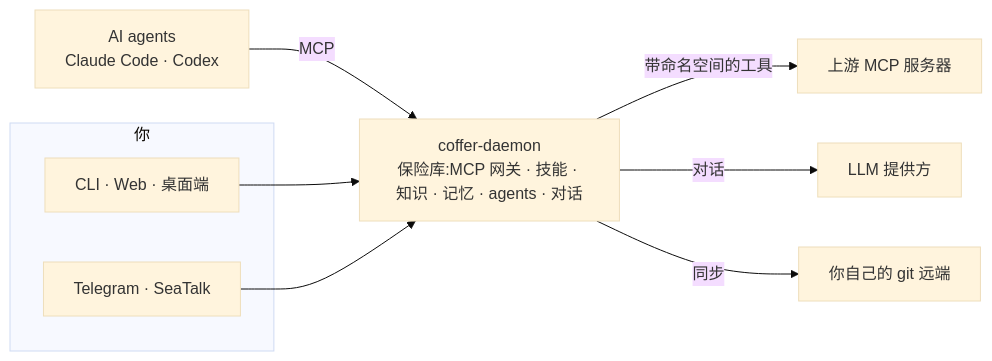
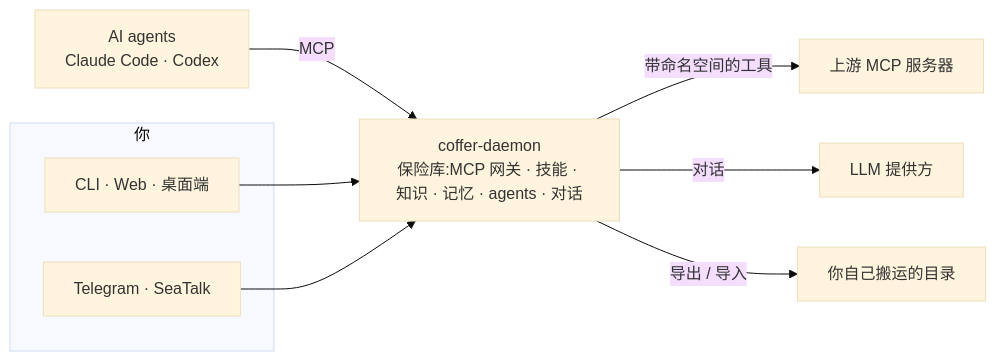
One commit to wyx-sg/Coffer changed the diagram in docs-site/zh/index.md. Above: the diagram before and after it, drawn with Mermaid (base theme). The commit also changed other lines of this file and 226 other files, not shown here.

````diff
--- a/docs-site/zh/index.md
+++ b/docs-site/zh/index.md
@@ -31,14 +31,14 @@
 ```mermaid
 flowchart LR
   subgraph You["你"]
     UI["CLI · Web · 桌面端"]
     IM["Telegram · SeaTalk"]
   end
   A["AI agents<br/>Claude Code · Codex"] -->|MCP| D
   UI --> D
   IM --> D
   D["coffer-daemon<br/>保险库:MCP 网关 · 技能 · 知识 · 记忆 · agents · 对话"]
   D -->|带命名空间的工具| U["上游 MCP 服务器"]
   D -->|对话| L["LLM 提供方"]
-  D -->|同步| G["你自己的 git 远端"]
+  D -->|导出 / 导入| G["你自己搬运的目录"]
 ```
````
